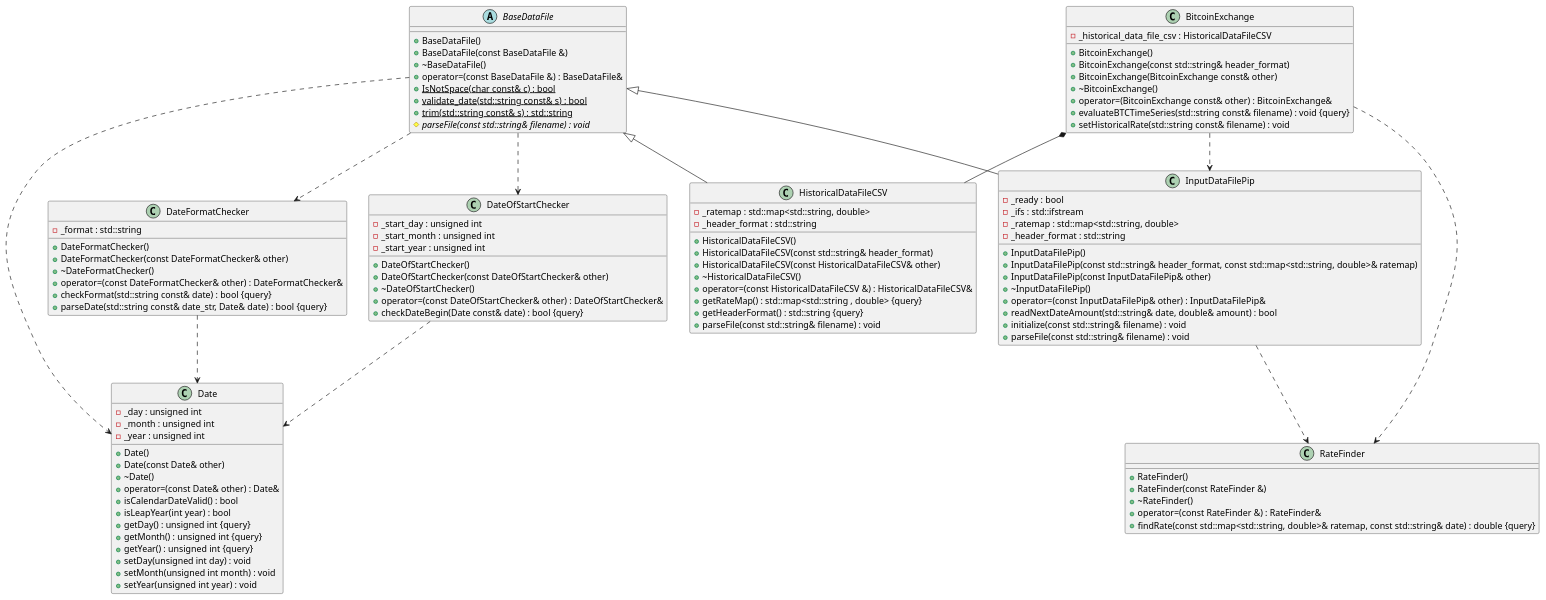
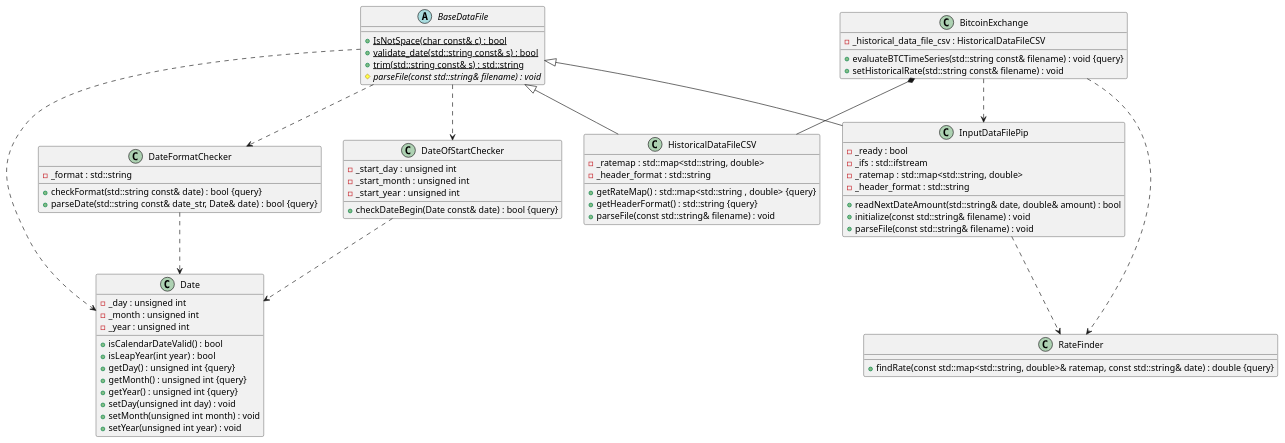
The diagram in ex00/btc.puml (ra121e/cpp09), drawn with PlantUML before and after one commit.

Commit message:
ex00) delete: OCF functions deleted from puml file
  OCF functions(constructor, assignement operator, destructor) is inside class function
  no need in Class diagram because no relationship to other class

  Its messy if OCF functions in class diagram

```diff
--- a/ex00/btc.puml
+++ b/ex00/btc.puml
@@ -1,160 +1,125 @@
 @startuml btc
 
 
 
 
 
 /' Objects '/
 
 abstract class BaseDataFile {
-	+BaseDataFile()
-	+BaseDataFile(const BaseDataFile &)
-	+~BaseDataFile()
-	+operator=(const BaseDataFile &) : BaseDataFile&
 	+{static} IsNotSpace(char const& c) : bool
 	+{static} validate_date(std::string const& s) : bool
 	+{static} trim(std::string const& s) : std::string
 	#{abstract} parseFile(const std::string& filename) : void
 }
 
 
 class BitcoinExchange {
-	+BitcoinExchange()
-	+BitcoinExchange(const std::string& header_format)
-	+BitcoinExchange(BitcoinExchange const& other)
-	+~BitcoinExchange()
-	+operator=(BitcoinExchange const& other) : BitcoinExchange&
 	-_historical_data_file_csv : HistoricalDataFileCSV
 	+evaluateBTCTimeSeries(std::string const& filename) : void {query}
 	+setHistoricalRate(std::string const& filename) : void
 }
 
 
 class Date {
-	+Date()
-	+Date(const Date& other)
-	+~Date()
-	+operator=(const Date& other) : Date&
 	+isCalendarDateValid() : bool
 	+isLeapYear(int year) : bool
 	-_day : unsigned int
 	-_month : unsigned int
 	-_year : unsigned int
 	+getDay() : unsigned int {query}
 	+getMonth() : unsigned int {query}
 	+getYear() : unsigned int {query}
 	+setDay(unsigned int day) : void
 	+setMonth(unsigned int month) : void
 	+setYear(unsigned int year) : void
 }
 
 
 class DateFormatChecker {
-	+DateFormatChecker()
-	+DateFormatChecker(const DateFormatChecker& other)
-	+~DateFormatChecker()
-	+operator=(const DateFormatChecker& other) : DateFormatChecker&
 	+checkFormat(std::string const& date) : bool {query}
 	+parseDate(std::string const& date_str, Date& date) : bool {query}
 	-_format : std::string
 }
 
 
 class DateOfStartChecker {
-	+DateOfStartChecker()
-	+DateOfStartChecker(const DateOfStartChecker& other)
-	+~DateOfStartChecker()
-	+operator=(const DateOfStartChecker& other) : DateOfStartChecker&
 	+checkDateBegin(Date const& date) : bool {query}
 	-_start_day : unsigned int
 	-_start_month : unsigned int
 	-_start_year : unsigned int
 }
 
 
 class HistoricalDataFileCSV {
-	+HistoricalDataFileCSV()
-	+HistoricalDataFileCSV(const std::string& header_format)
-	+HistoricalDataFileCSV(const HistoricalDataFileCSV& other)
-	+~HistoricalDataFileCSV()
-	+operator=(const HistoricalDataFileCSV &) : HistoricalDataFileCSV&
 	+getRateMap() : std::map<std::string , double> {query}
 	-_ratemap : std::map<std::string, double>
 	-_header_format : std::string
 	+getHeaderFormat() : std::string {query}
 	+parseFile(const std::string& filename) : void
 }
 
 
 class InputDataFilePip {
-	+InputDataFilePip()
-	+InputDataFilePip(const std::string& header_format, const std::map<std::string, double>& ratemap)
-	+InputDataFilePip(const InputDataFilePip& other)
-	+~InputDataFilePip()
-	+operator=(const InputDataFilePip& other) : InputDataFilePip&
 	-_ready : bool
 	+readNextDateAmount(std::string& date, double& amount) : bool
 	-_ifs : std::ifstream
 	-_ratemap : std::map<std::string, double>
 	-_header_format : std::string
 	+initialize(const std::string& filename) : void
 	+parseFile(const std::string& filename) : void
 }
 
 
 class RateFinder {
-	+RateFinder()
-	+RateFinder(const RateFinder &)
-	+~RateFinder()
-	+operator=(const RateFinder &) : RateFinder&
 	+findRate(const std::map<std::string, double>& ratemap, const std::string& date) : double {query}
 }
 
 
 
 
 
 /' Inheritance relationships '/
 
 BaseDataFile <|-- HistoricalDataFileCSV
 
 
 BaseDataFile <|-- InputDataFilePip
 
 
 
 
 
 /' Aggregation relationships '/
 
 BitcoinExchange *-- HistoricalDataFileCSV
 
 
 
 
 
 
 
 /' Dependency relationships '/
 
 BaseDataFile ..> DateFormatChecker
 BaseDataFile ..> DateOfStartChecker
 BaseDataFile ..> Date
 
 DateFormatChecker ..> Date
 DateOfStartChecker ..> Date
 
 BitcoinExchange ..> InputDataFilePip
 BitcoinExchange ..> RateFinder
 
 InputDataFilePip ..> RateFinder
 
 
 
 
 
 /' Nested objects '/
 
 
 
 @enduml
```
